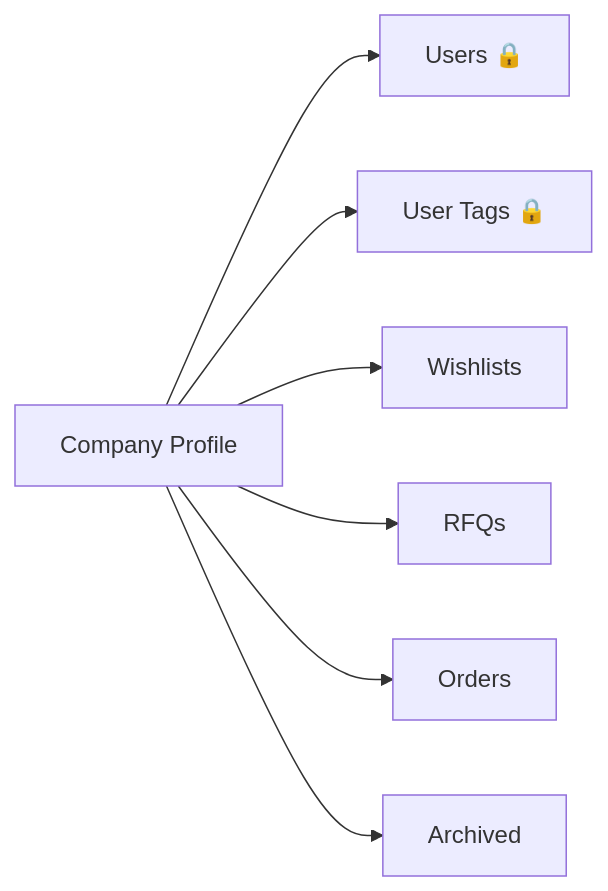
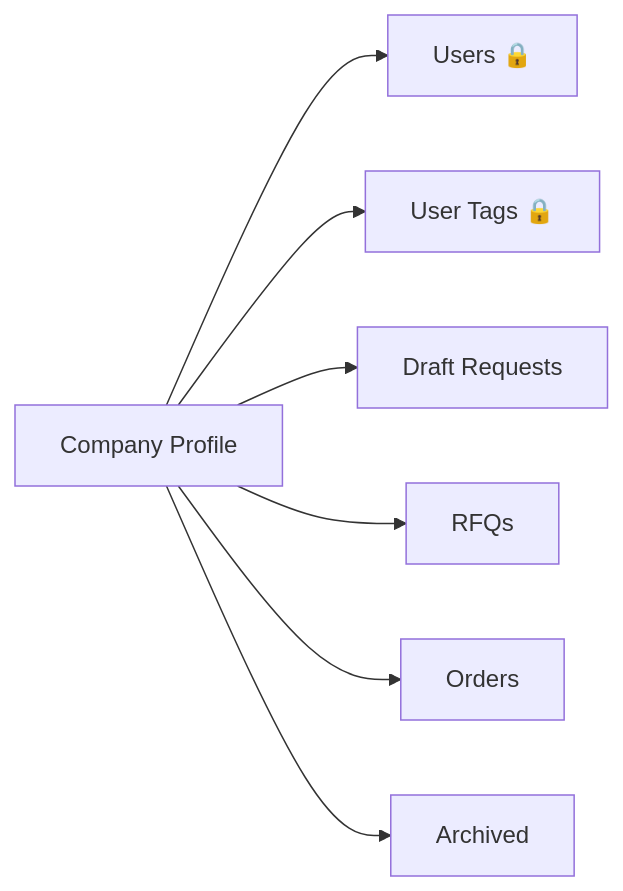
The second of 2 diagrams in docs/b2b_ecommerce_docs/_user_guide/003-Client-Portal-Navigation.md (LaplaceSoftware/lp_projects_docs), drawn with Mermaid before and after one commit. The commit also changed other lines of this file and 48 other files, not shown here.

````diff
--- a/docs/b2b_ecommerce_docs/_user_guide/003-Client-Portal-Navigation.md
+++ b/docs/b2b_ecommerce_docs/_user_guide/003-Client-Portal-Navigation.md
@@ -65,9 +65,9 @@
 ```mermaid
 flowchart LR
     CP["Company Profile"] --> T1["Users 🔒"]
     CP --> T2["User Tags 🔒"]
-    CP --> T3["Wishlists"]
+    CP --> T3["Draft Requests"]
     CP --> T4["RFQs"]
     CP --> T5["Orders"]
     CP --> T6["Archived"]
 ```
````
